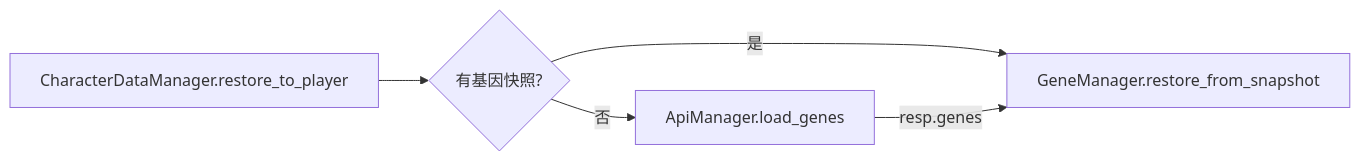
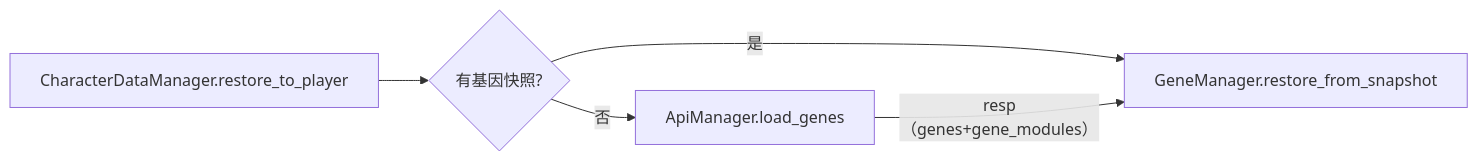
One commit to baixuan297/Human-Disaster changed the second of 4 diagrams in docs/GENE_SYSTEM.md. Above: the diagram before and after it, drawn with Mermaid. The commit also changed other lines of this file and 71 other files, not shown here.

````diff
--- a/docs/GENE_SYSTEM.md
+++ b/docs/GENE_SYSTEM.md
@@ -63,11 +66,11 @@
 ```mermaid
 flowchart LR
     CharData[CharacterDataManager.restore_to_player]
     HasGenes{有基因快照?}
     Restore[GeneManager.restore_from_snapshot]
     ApiLoad[ApiManager.load_genes]
     CharData --> HasGenes
     HasGenes -->|是| Restore
     HasGenes -->|否| ApiLoad
-    ApiLoad -->|"resp.genes"| Restore
+    ApiLoad -->|"resp（genes+gene_modules）"| Restore
 ```
````
